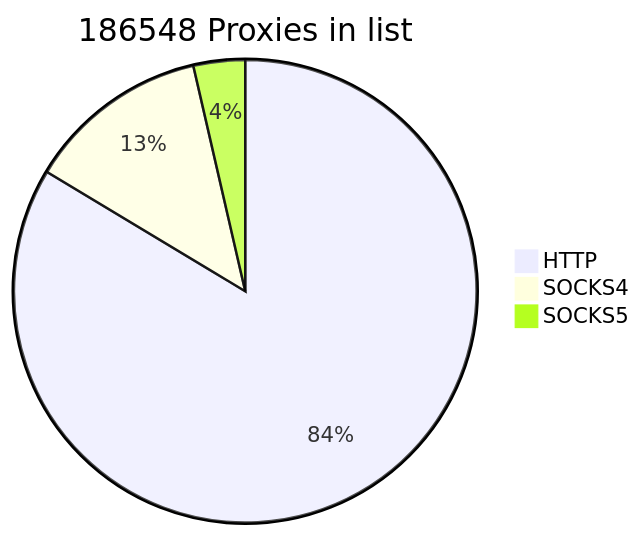
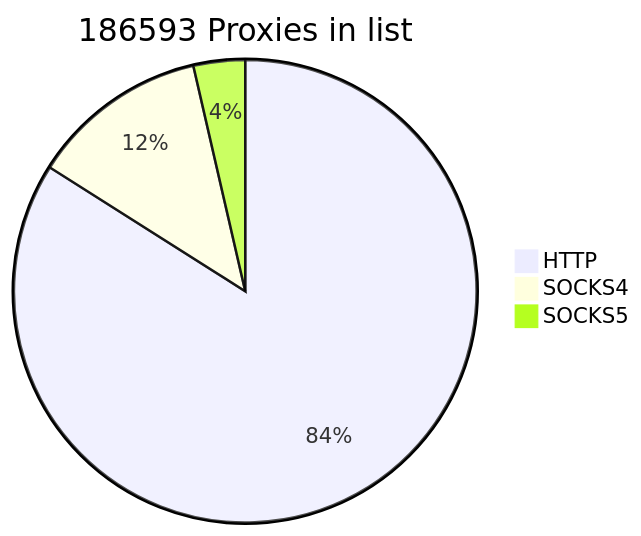
One commit to cutipu/proxylist changed the first of 2 diagrams in README.md. Above: the diagram before and after it, drawn with Mermaid. The commit also changed other lines of this file, not shown here.

````diff
--- a/README.md
+++ b/README.md
@@ -2,7 +2,7 @@
 ```mermaid
-pie title 186548 Proxies in list
-    "HTTP" : 155996
-    "SOCKS4" : 23828
+pie title 186593 Proxies in list
+    "HTTP" : 156717
+    "SOCKS4" : 23152
     "SOCKS5" : 6724
             
 ```
````
